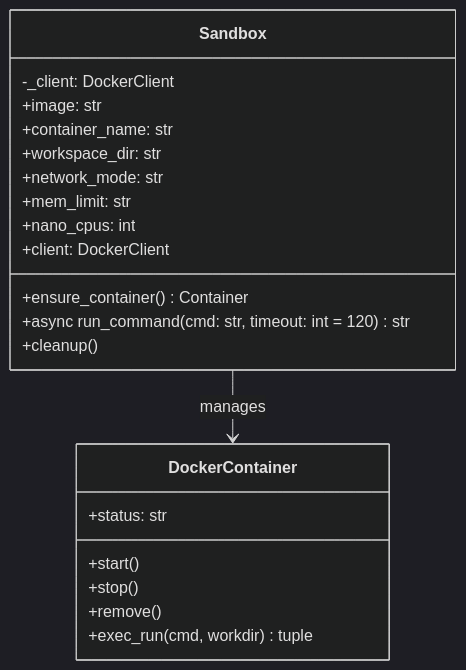
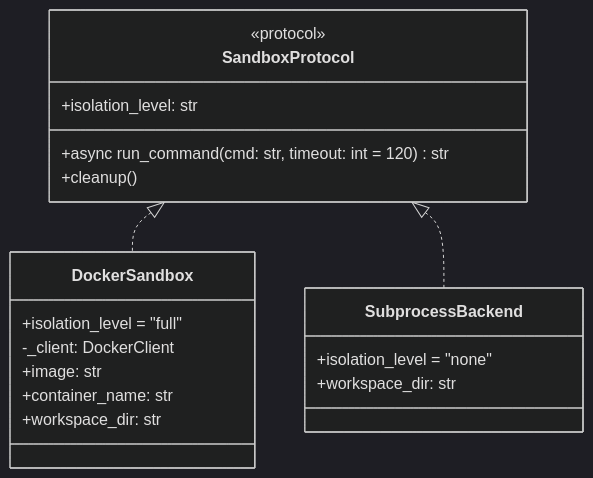
One commit to binlecode/co-cli changed the seventh of 15 diagrams in docs/DESIGN-co-cli.md. Above: the diagram before and after it, drawn with Mermaid (dark theme). The commit also changed other lines of this file and 19 other files, not shown here.

First line of the commit message:
Harden shell safe-command approval, extract status table, eliminate private API access

````diff
--- a/docs/DESIGN-co-cli.md
+++ b/docs/DESIGN-co-cli.md
@@ -463,26 +467,25 @@
 ```mermaid
 classDiagram
-    class Sandbox {
+    class SandboxProtocol {
+        <<protocol>>
+        +isolation_level: str
+        +async run_command(cmd: str, timeout: int = 120) str
+        +cleanup()
+    }
+
+    class DockerSandbox {
+        +isolation_level = "full"
         -_client: DockerClient
         +image: str
         +container_name: str
         +workspace_dir: str
-        +network_mode: str
-        +mem_limit: str
-        +nano_cpus: int
-        +client: DockerClient
-        +ensure_container() Container
-        +async run_command(cmd: str, timeout: int = 120) str
-        +cleanup()
     }
 
-    class DockerContainer {
-        +status: str
-        +start()
-        +stop()
-        +remove()
-        +exec_run(cmd, workdir) tuple
+    class SubprocessBackend {
+        +isolation_level = "none"
+        +workspace_dir: str
     }
 
-    Sandbox --> DockerContainer : manages
+    SandboxProtocol <|.. DockerSandbox
+    SandboxProtocol <|.. SubprocessBackend
 ```
````
